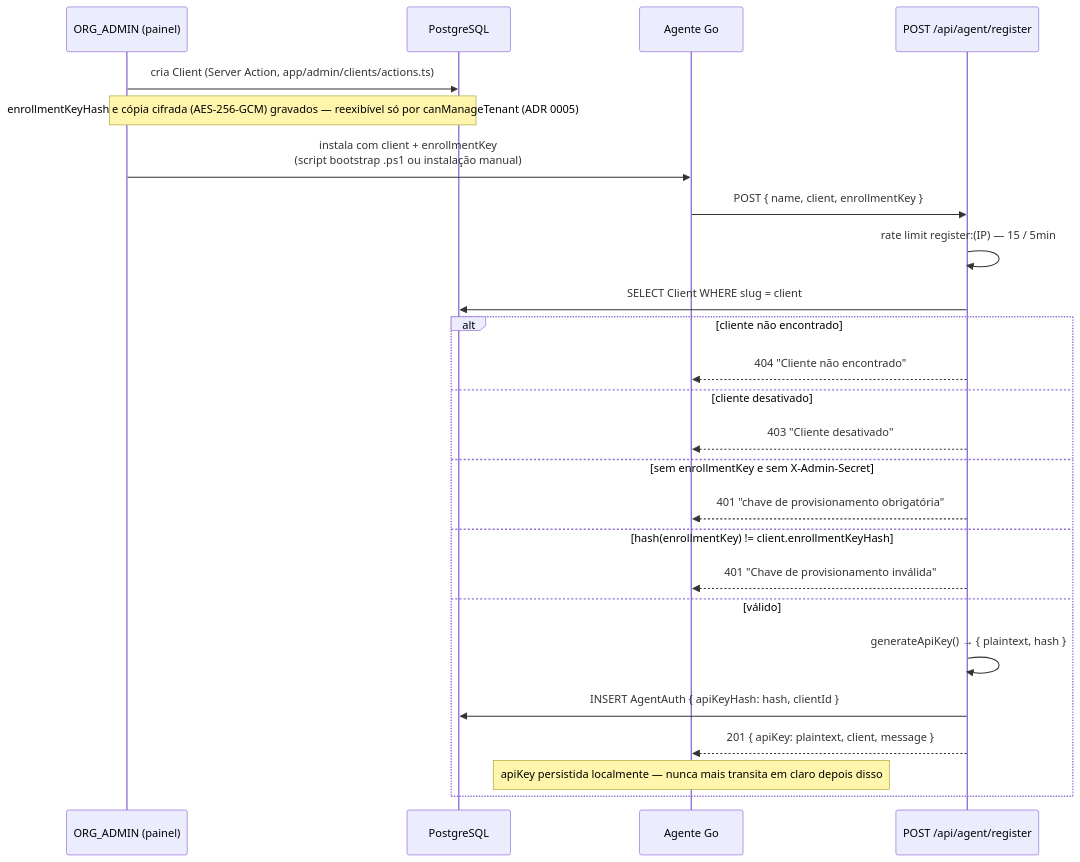
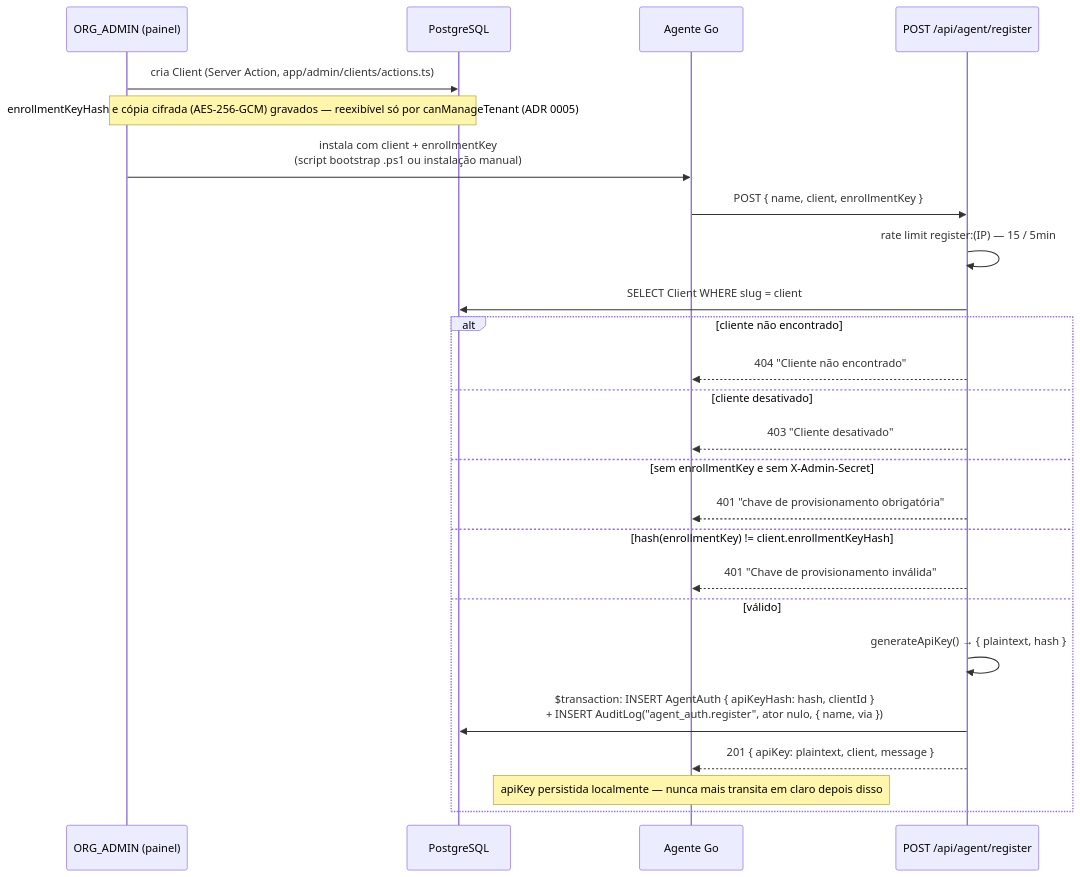
Before and after one commit to rodrigoalves022/Inventario: the first of 3 diagrams in docs/SPEC.md, drawn with Mermaid. The commit also changed other lines of this file and 23 other files, not shown here.

````diff
--- a/docs/SPEC.md
+++ b/docs/SPEC.md
@@ -17,28 +17,28 @@
 ```mermaid
 sequenceDiagram
     participant Admin as ORG_ADMIN (painel)
     participant DB as PostgreSQL
     participant Agent as Agente Go
     participant API as POST /api/agent/register
 
     Admin->>DB: cria Client (Server Action, app/admin/clients/actions.ts)
     Note over Admin,DB: enrollmentKeyHash e cópia cifrada (AES-256-GCM) gravados — reexibível só por canManageTenant (ADR 0005)
     Admin->>Agent: instala com client + enrollmentKey<br/>(script bootstrap .ps1 ou instalação manual)
     Agent->>API: POST { name, client, enrollmentKey }
     API->>API: rate limit register:(IP) — 15 / 5min
     API->>DB: SELECT Client WHERE slug = client
     alt cliente não encontrado
         API-->>Agent: 404 "Cliente não encontrado"
     else cliente desativado
         API-->>Agent: 403 "Cliente desativado"
     else sem enrollmentKey e sem X-Admin-Secret
         API-->>Agent: 401 "chave de provisionamento obrigatória"
     else hash(enrollmentKey) != client.enrollmentKeyHash
         API-->>Agent: 401 "Chave de provisionamento inválida"
     else válido
         API->>API: generateApiKey() → { plaintext, hash }
-        API->>DB: INSERT AgentAuth { apiKeyHash: hash, clientId }
+        API->>DB: $transaction: INSERT AgentAuth { apiKeyHash: hash, clientId }<br/>+ INSERT AuditLog("agent_auth.register", ator nulo, { name, via })
         API-->>Agent: 201 { apiKey: plaintext, client, message }
         Note over Agent: apiKey persistida localmente — nunca mais transita em claro depois disso
     end
 ```
````
